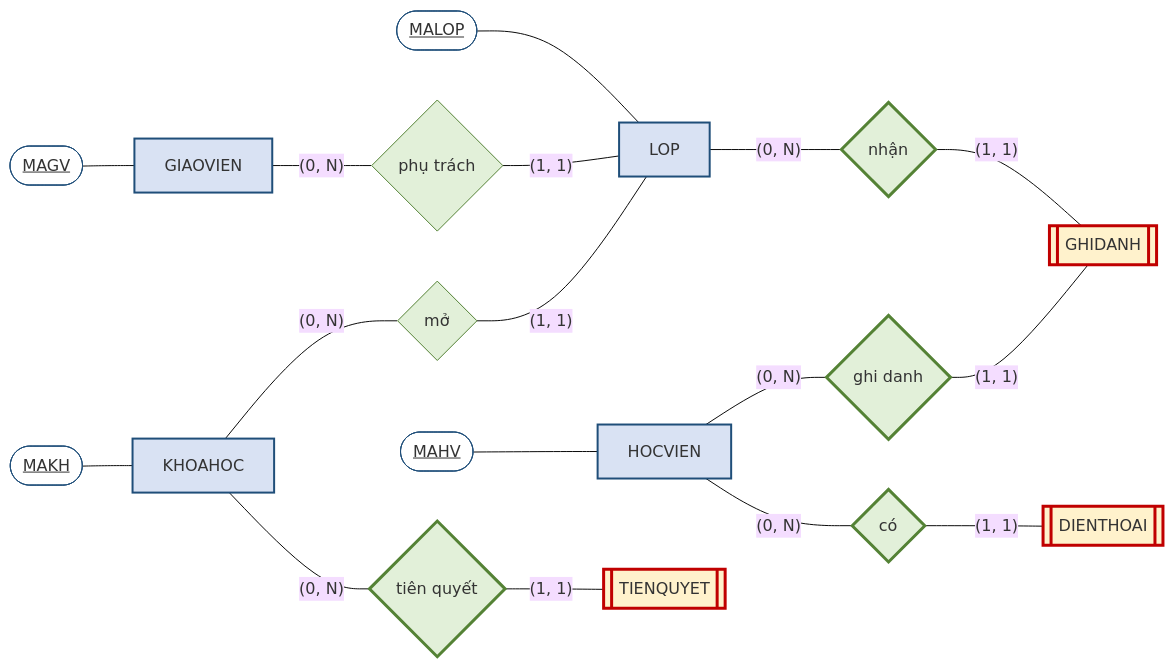
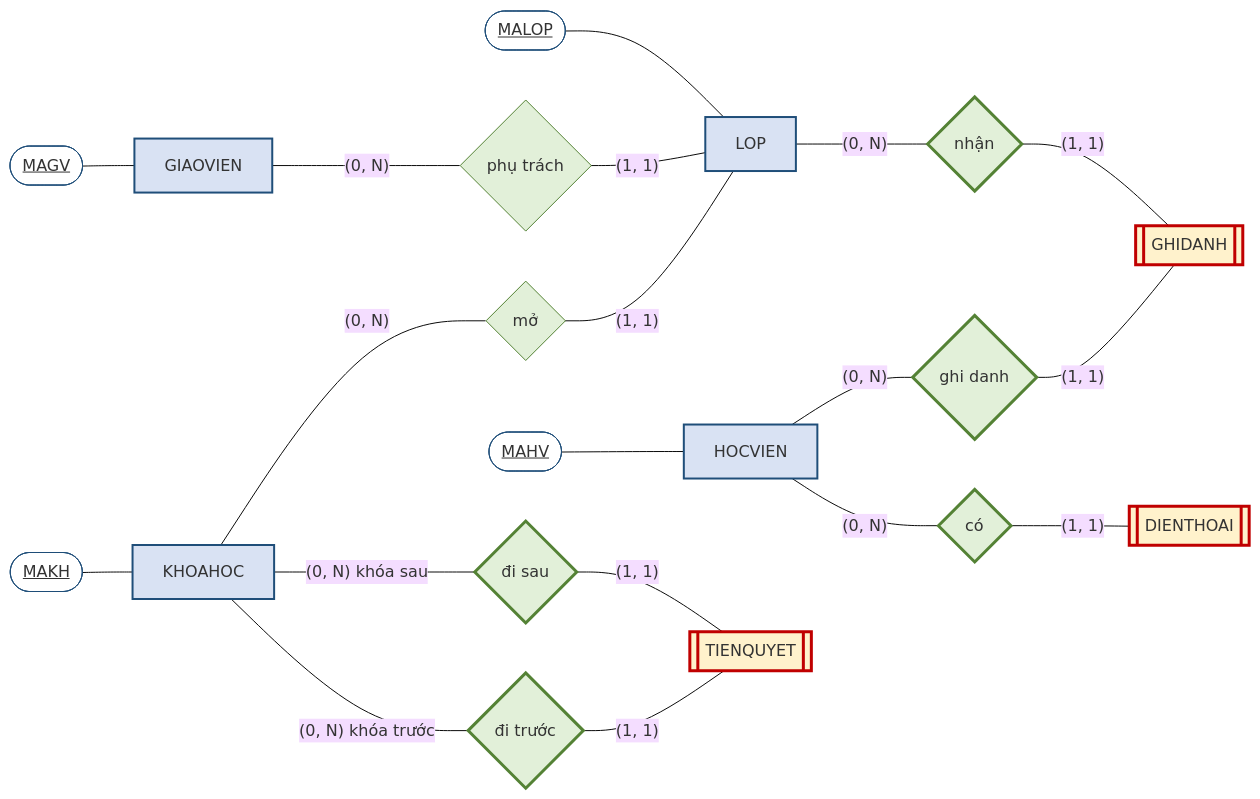
Before and after one commit to CuongNguyenDAU/csdl-dbs201: the third of 4 diagrams in docs/chuong-2/2-9-vi-du-tong-hop-trung-tam-anh-ngu-abc.md, drawn with Mermaid (base theme). The commit also changed other lines of this file and 98 other files, not shown here.

````diff
--- a/docs/chuong-2/2-9-vi-du-tong-hop-trung-tam-anh-ngu-abc.md
+++ b/docs/chuong-2/2-9-vi-du-tong-hop-trung-tam-anh-ngu-abc.md
@@ -136,36 +140,39 @@
 ```mermaid
 flowchart LR
     KH["KHOAHOC"] ---|"(0, N)"| R1{"mở"}
     R1 ---|"(1, 1)"| LOP["LOP"]
     GV["GIAOVIEN"] ---|"(0, N)"| R2{"phụ trách"}
     R2 ---|"(1, 1)"| LOP
     HV["HOCVIEN"] ---|"(0, N)"| R3{"ghi danh"}
     R3 ---|"(1, 1)"| GD[["GHIDANH"]]
     LOP ---|"(0, N)"| R4{"nhận"}
     R4 ---|"(1, 1)"| GD
     HV ---|"(0, N)"| R5{"có"}
     R5 ---|"(1, 1)"| DT[["DIENTHOAI"]]
-    KH ---|"(0, N)"| R6{"tiên quyết"}
+    KH ---|"(0, N) khóa trước"| R6{"đi trước"}
     R6 ---|"(1, 1)"| TQ[["TIENQUYET"]]
+    KH ---|"(0, N) khóa sau"| R7{"đi sau"}
+    R7 ---|"(1, 1)"| TQ
     K1(["<u>MAKH</u>"]) --- KH
     K2(["<u>MALOP</u>"]) --- LOP
     K3(["<u>MAGV</u>"]) --- GV
     K4(["<u>MAHV</u>"]) --- HV
     style KH fill:#D9E2F3,stroke:#1F4E79,stroke-width:2px
     style LOP fill:#D9E2F3,stroke:#1F4E79,stroke-width:2px
     style GV fill:#D9E2F3,stroke:#1F4E79,stroke-width:2px
     style HV fill:#D9E2F3,stroke:#1F4E79,stroke-width:2px
     style GD fill:#FFF2CC,stroke:#C00000,stroke-width:3px
     style DT fill:#FFF2CC,stroke:#C00000,stroke-width:3px
     style TQ fill:#FFF2CC,stroke:#C00000,stroke-width:3px
     style R1 fill:#E2F0D9,stroke:#548235
     style R2 fill:#E2F0D9,stroke:#548235
     style R3 fill:#E2F0D9,stroke:#548235,stroke-width:3px
     style R4 fill:#E2F0D9,stroke:#548235,stroke-width:3px
     style R5 fill:#E2F0D9,stroke:#548235,stroke-width:3px
     style R6 fill:#E2F0D9,stroke:#548235,stroke-width:3px
+    style R7 fill:#E2F0D9,stroke:#548235,stroke-width:3px
     style K1 fill:#fff,stroke:#1F4E79
     style K2 fill:#fff,stroke:#1F4E79
     style K3 fill:#fff,stroke:#1F4E79
     style K4 fill:#fff,stroke:#1F4E79
 ```
````
